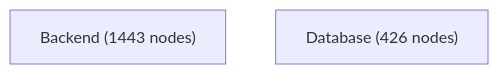
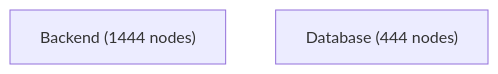
Before and after one commit to jankneumann/agentic-coding-tools: the diagram in docs/architecture-analysis/views/containers.mmd, drawn with Mermaid. The commit also changed 12 other files, not shown here.

Commit message:
docs(architecture): refresh phase projection graph

```diff
--- a/docs/architecture-analysis/views/containers.mmd
+++ b/docs/architecture-analysis/views/containers.mmd
@@ -1,3 +1,3 @@
 flowchart TB
-    Backend["Backend (1443 nodes)"]
-    Database["Database (426 nodes)"]
+    Backend["Backend (1444 nodes)"]
+    Database["Database (444 nodes)"]
```
